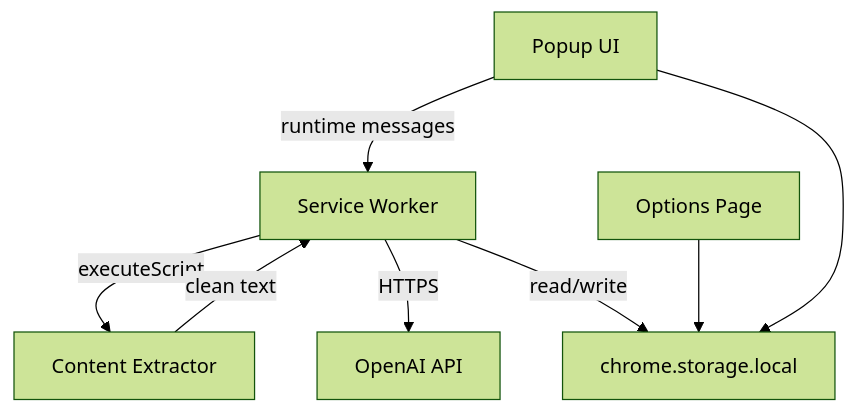
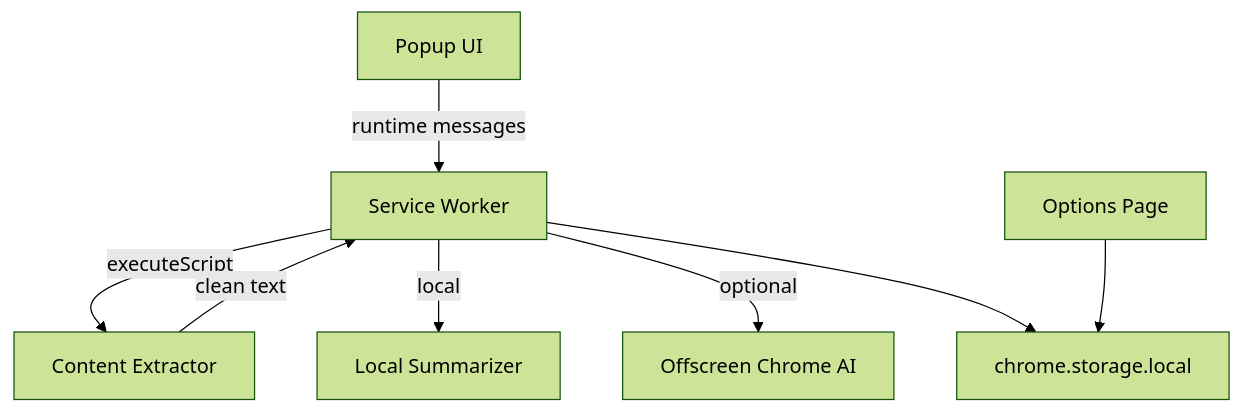
The diagram in README.md (maco-cloud/Chrome-Extension-Project), drawn with Mermaid (forest theme) before and after one commit. The commit also changed other lines of this file and 16 other files, not shown here.

Commit message:
Remove OpenAI dependency; add free local and Chrome on-device summarization

````diff
--- a/README.md
+++ b/README.md
@@ -78,10 +81,10 @@
 ```mermaid
 flowchart TD
   popup[Popup UI] -->|runtime messages| sw[Service Worker]
   sw -->|executeScript| extractor[Content Extractor]
   extractor -->|clean text| sw
-  sw -->|HTTPS| openai[OpenAI API]
-  sw -->|read/write| storage[chrome.storage.local]
+  sw -->|local| local[Local Summarizer]
+  sw -->|optional| offscreen[Offscreen Chrome AI]
+  sw --> storage[chrome.storage.local]
   options[Options Page] --> storage
-  popup --> storage
 ```
````
